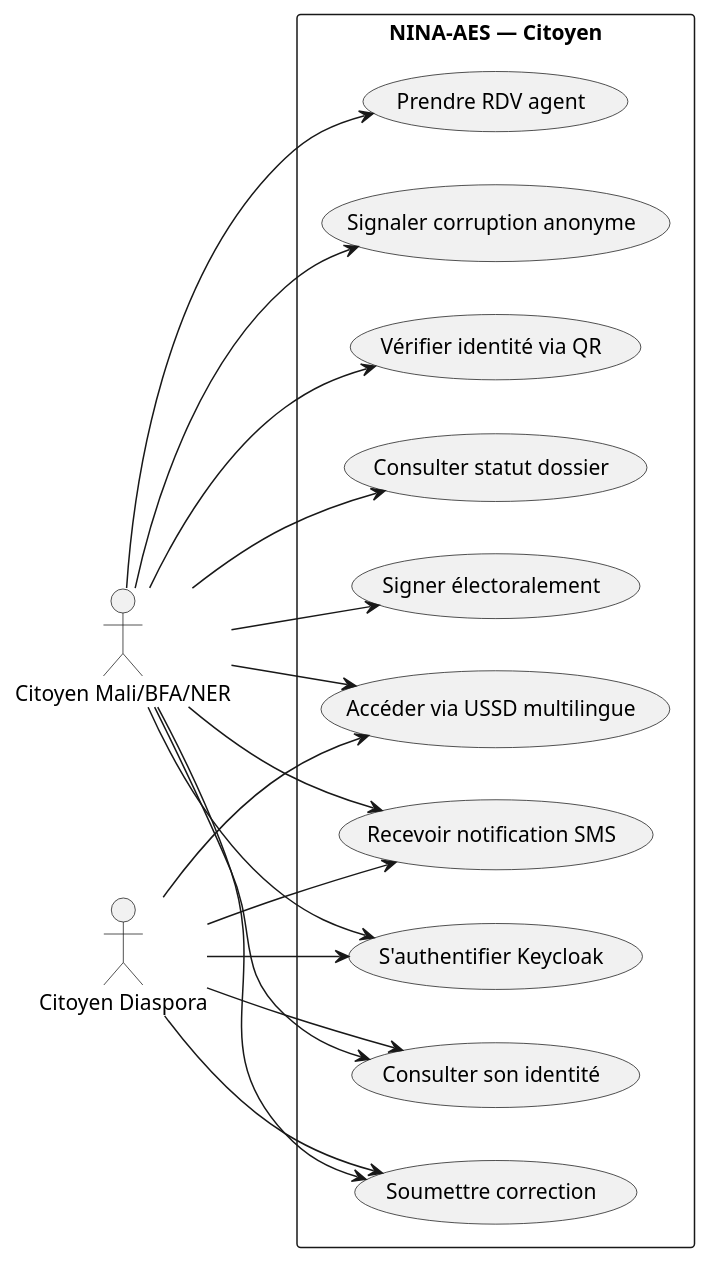
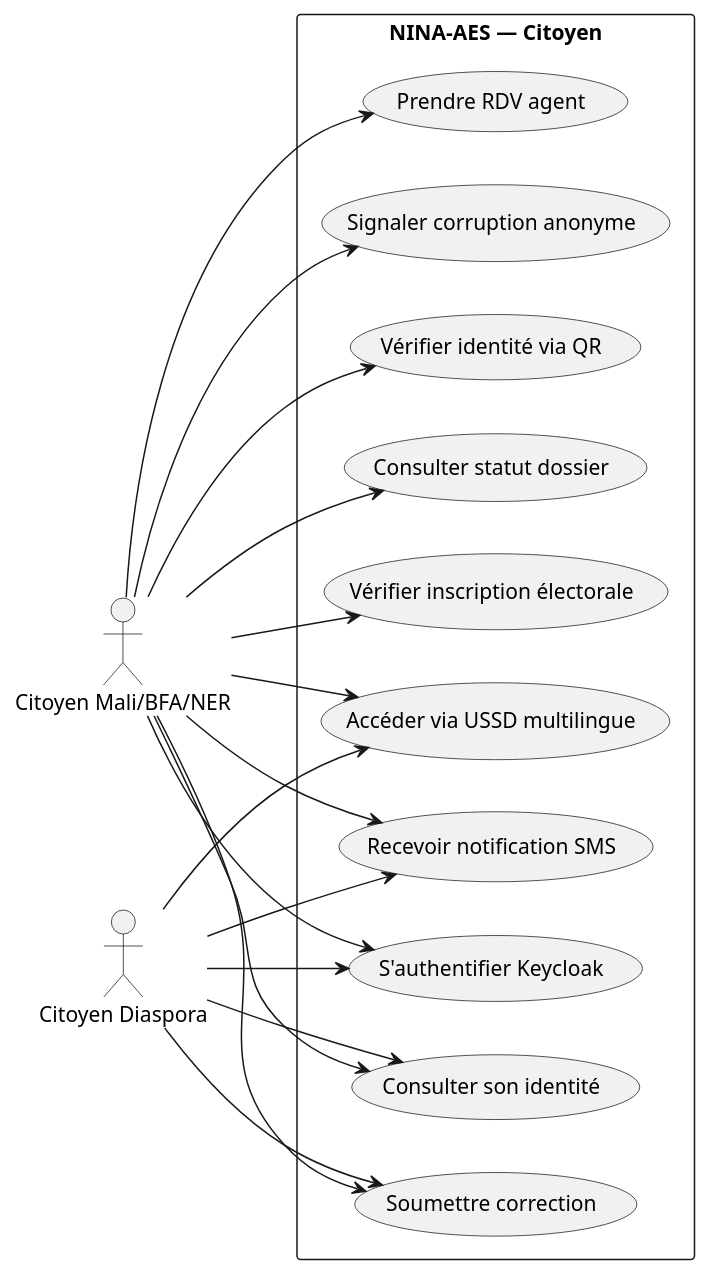
Before and after one commit to TheManInPink/Session-Ete-2026: diagram 13 of 40 in docs/diagrams/99-DIAGRAMMES-PLANTUML.md, drawn with PlantUML. The commit also changed other lines of this file and 1 other file, not shown here.

First line of the commit message:
docs: corriger UC9 électoral + alias Corr dans les diagrammes (99)

````diff
--- a/docs/diagrams/99-DIAGRAMMES-PLANTUML.md
+++ b/docs/diagrams/99-DIAGRAMMES-PLANTUML.md
@@ -827,36 +827,36 @@
 ```plantuml
 @startuml
 left to right direction
 actor "Citoyen Mali/BFA/NER" as C
 actor "Citoyen Diaspora" as D
 
 rectangle "NINA-AES — Citoyen" {
   usecase "Consulter son identité" as UC1
   usecase "Soumettre correction" as UC2
   usecase "Prendre RDV agent" as UC3
   usecase "Signaler corruption anonyme" as UC4
   usecase "Vérifier identité via QR" as UC5
   usecase "Accéder via USSD multilingue" as UC6
   usecase "Recevoir notification SMS" as UC7
   usecase "Consulter statut dossier" as UC8
-  usecase "Signer électoralement" as UC9
+  usecase "Vérifier inscription électorale" as UC9
   usecase "S'authentifier Keycloak" as UC10
 }
 
 C --> UC1
 C --> UC2
 C --> UC3
 C --> UC4
 C --> UC5
 C --> UC6
 C --> UC7
 C --> UC8
 C --> UC9
 C --> UC10
 D --> UC1
 D --> UC2
 D --> UC6
 D --> UC7
 D --> UC10
 @enduml
 ```
````
